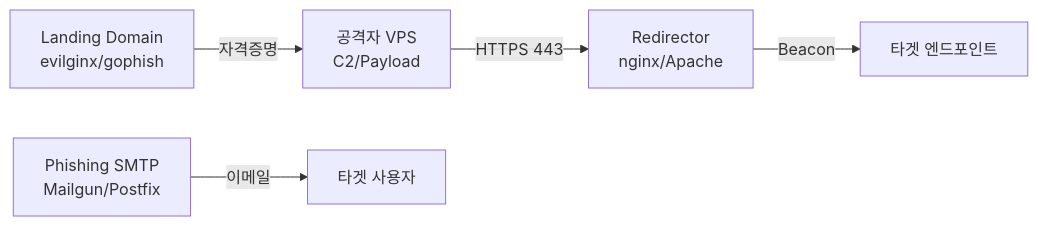
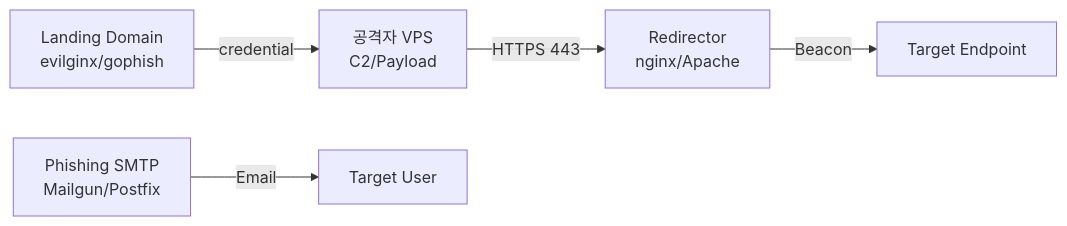
One commit to STEALIEN-RED/docs-redteam-cheatsheet changed the diagram in docs_internal_backup/lifecycle/phishing.md. Above: the diagram before and after it, drawn with Mermaid. The commit also changed other lines of this file and 13 other files, not shown here.

````diff
--- a/docs_internal_backup/lifecycle/phishing.md
+++ b/docs_internal_backup/lifecycle/phishing.md
@@ -11,7 +10,7 @@
 ```mermaid
 flowchart LR
     A[공격자 VPS\nC2/Payload] -->|HTTPS 443| R[Redirector\nnginx/Apache]
-    R -->|Beacon| T[타겟 엔드포인트]
-    S[Phishing SMTP\nMailgun/Postfix] -->|이메일| U[타겟 사용자]
-    L[Landing Domain\nevilginx/gophish] -->|자격증명| A
+    R -->|Beacon| T[Target Endpoint]
+    S[Phishing SMTP\nMailgun/Postfix] -->|Email| U[Target User]
+    L[Landing Domain\nevilginx/gophish] -->|credential| A
 ```
````
